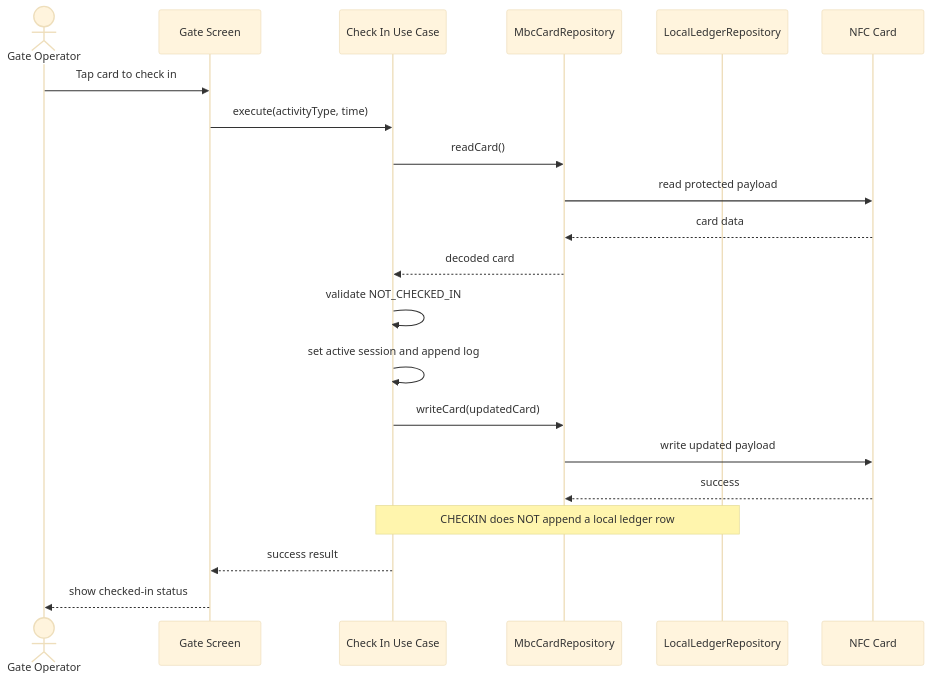
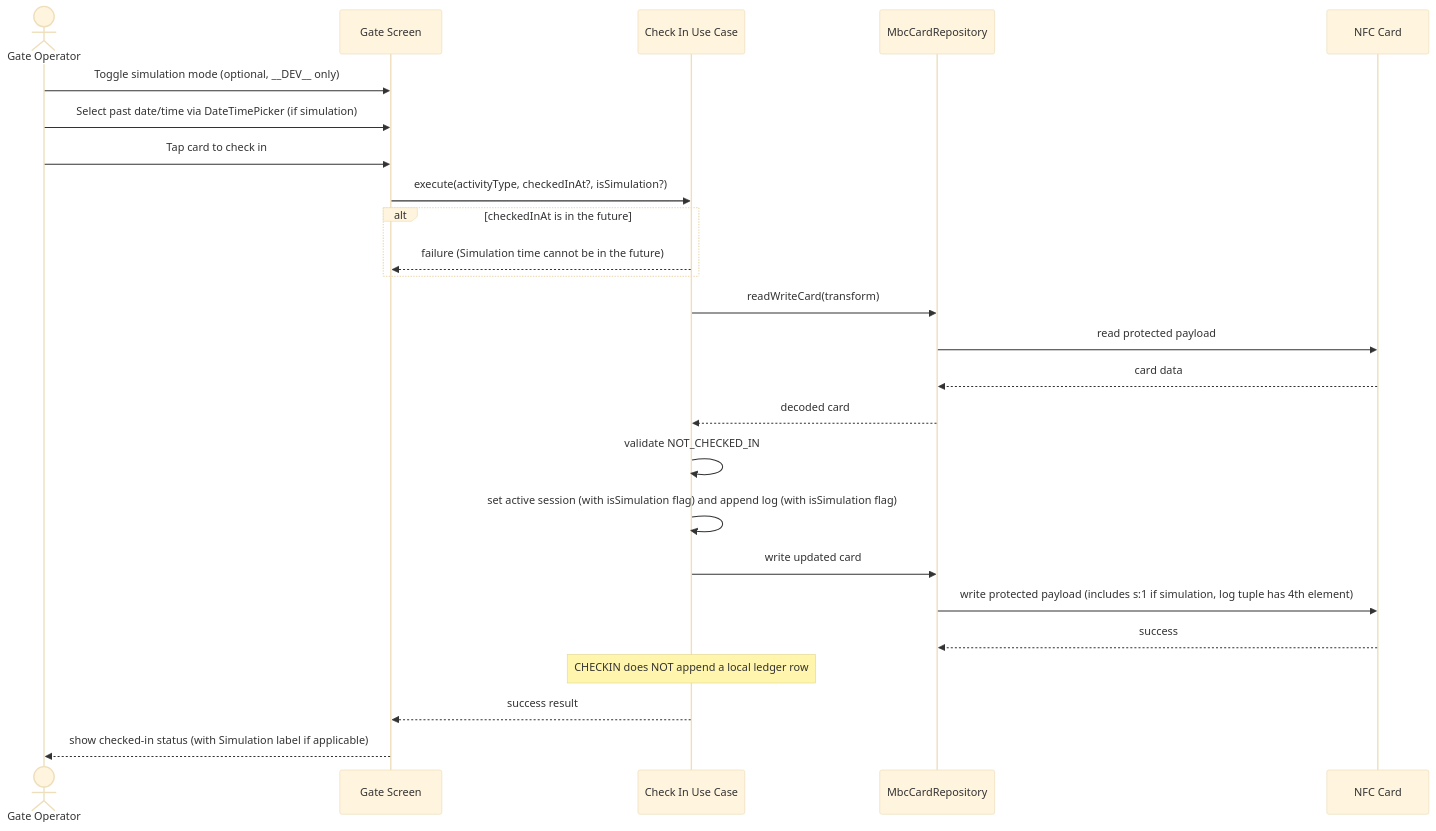
The fifth of 9 diagrams in .codex/specs/UML_SYSTEM_DIAGRAMS.md (Schitzos/mbc-nfc), drawn with Mermaid (base theme) before and after one commit. The commit also changed other lines of this file and 15 other files, not shown here.

First line of the commit message:
docs: update specs and UML for simulation mode

````diff
--- a/.codex/specs/UML_SYSTEM_DIAGRAMS.md
+++ b/.codex/specs/UML_SYSTEM_DIAGRAMS.md
@@ -109,24 +114,28 @@
 ```mermaid
 sequenceDiagram
   actor Operator as Gate Operator
   participant UI as Gate Screen
   participant CheckIn as Check In Use Case
   participant CardRepo as MbcCardRepository
-  participant Ledger as LocalLedgerRepository
   participant Card as NFC Card
 
+  Operator->>UI: Toggle simulation mode (optional, __DEV__ only)
+  Operator->>UI: Select past date/time via DateTimePicker (if simulation)
   Operator->>UI: Tap card to check in
-  UI->>CheckIn: execute(activityType, time)
-  CheckIn->>CardRepo: readCard()
+  UI->>CheckIn: execute(activityType, checkedInAt?, isSimulation?)
+  alt checkedInAt is in the future
+    CheckIn-->>UI: failure (Simulation time cannot be in the future)
+  end
+  CheckIn->>CardRepo: readWriteCard(transform)
   CardRepo->>Card: read protected payload
   Card-->>CardRepo: card data
   CardRepo-->>CheckIn: decoded card
   CheckIn->>CheckIn: validate NOT_CHECKED_IN
-  CheckIn->>CheckIn: set active session and append log
-  CheckIn->>CardRepo: writeCard(updatedCard)
-  CardRepo->>Card: write updated payload
+  CheckIn->>CheckIn: set active session (with isSimulation flag) and append log (with isSimulation flag)
+  CheckIn->>CardRepo: write updated card
+  CardRepo->>Card: write protected payload (includes s:1 if simulation, log tuple has 4th element)
   Card-->>CardRepo: success
-  Note over CheckIn,Ledger: CHECKIN does NOT append a local ledger row
+  Note over CheckIn: CHECKIN does NOT append a local ledger row
   CheckIn-->>UI: success result
-  UI-->>Operator: show checked-in status
+  UI-->>Operator: show checked-in status (with Simulation label if applicable)
 ```
````
